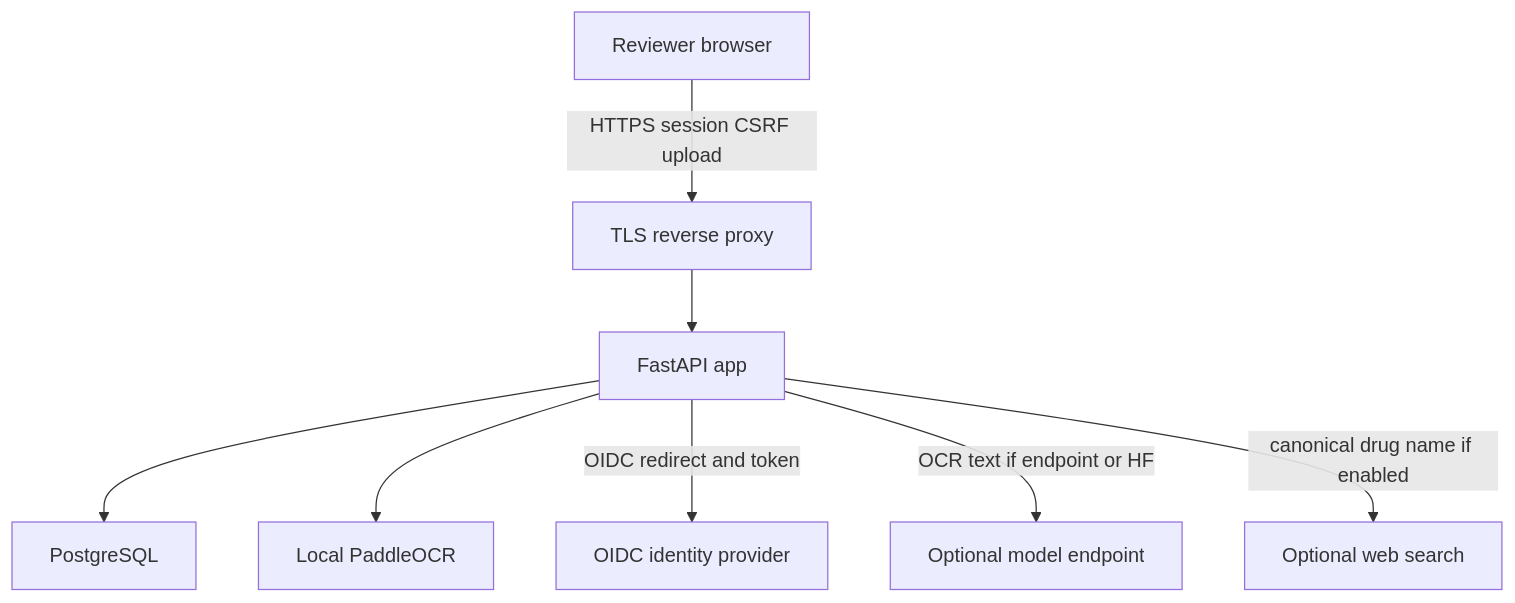
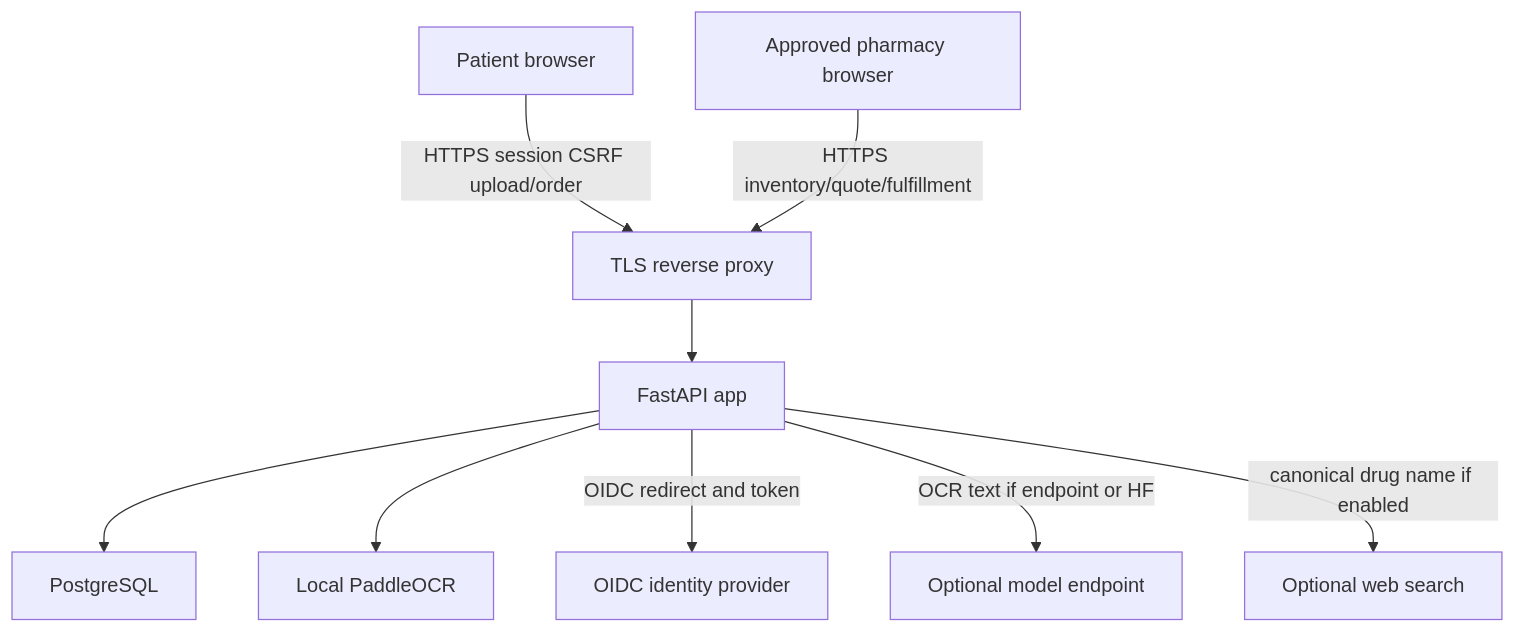
The diagram in docs/simpliscribe-threat-model.md (framesxsab/SimPrescribe-), drawn with Mermaid before and after one commit. The commit also changed other lines of this file and 50 other files, not shown here.

First line of the commit message:
fix: flow transitions, broken register link, marketplace crash, seed pharmacies

````diff
--- a/docs/simpliscribe-threat-model.md
+++ b/docs/simpliscribe-threat-model.md
@@ -11,19 +11,21 @@
 ```mermaid
 flowchart TD
-  reviewer["Reviewer browser"]
+  patient["Patient browser"]
+  pharmacy["Approved pharmacy browser"]
   proxy["TLS reverse proxy"]
   app["FastAPI app"]
   db["PostgreSQL"]
   ocr["Local PaddleOCR"]
   model["Optional model endpoint"]
   idp["OIDC identity provider"]
   web["Optional web search"]
 
-  reviewer -->|HTTPS session CSRF upload| proxy
+  patient -->|HTTPS session CSRF upload/order| proxy
+  pharmacy -->|HTTPS inventory/quote/fulfillment| proxy
   proxy --> app
   app --> db
   app --> ocr
   app -->|OIDC redirect and token| idp
   app -->|OCR text if endpoint or HF| model
   app -->|canonical drug name if enabled| web
 ```
````
